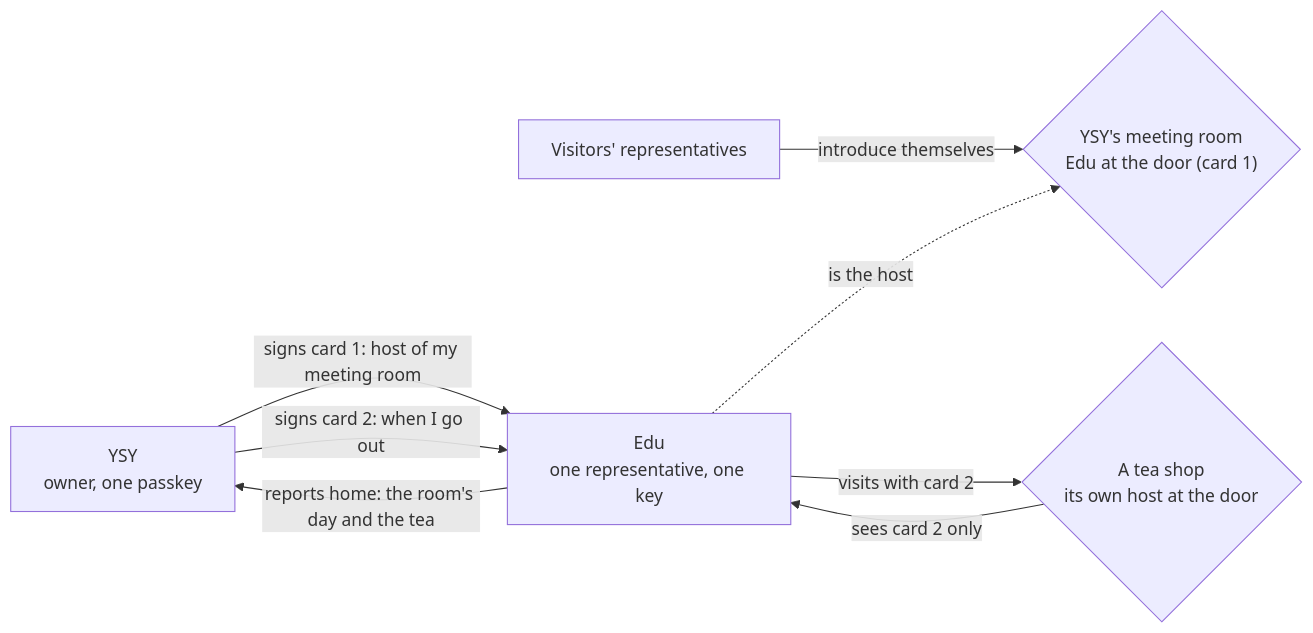
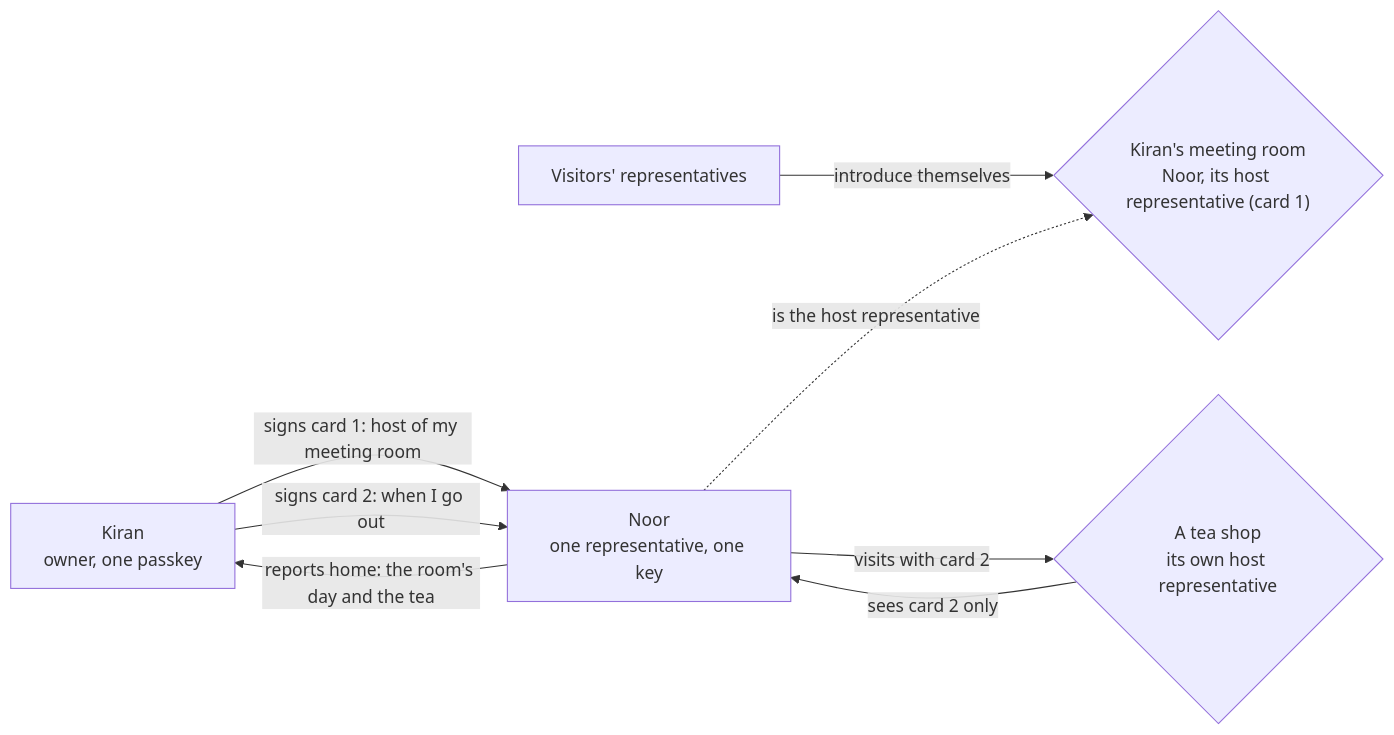
Before and after one commit to Kigenka/shokai: the diagram in scenarios/dual-role.md, drawn with Mermaid. The commit also changed other lines of this file and 618 other files, not shown here.

````diff
--- a/scenarios/dual-role.md
+++ b/scenarios/dual-role.md
@@ -17,10 +17,10 @@
 ```mermaid
 flowchart LR
-  Y["YSY<br/>owner, one passkey"] -- "signs card 1: host of my meeting room" --> E["Edu<br/>one representative, one key"]
+  Y["Kiran<br/>owner, one passkey"] -- "signs card 1: host of my meeting room" --> E["Noor<br/>one representative, one key"]
   Y -- "signs card 2: when I go out" --> E
-  V["Visitors' representatives"] -- "introduce themselves" --> D{"YSY's meeting room<br/>Edu at the door (card 1)"}
-  E -. "is the host" .-> D
-  E -- "visits with card 2" --> T{"A tea shop<br/>its own host at the door"}
+  V["Visitors' representatives"] -- "introduce themselves" --> D{"Kiran's meeting room<br/>Noor, its host representative (card 1)"}
+  E -. "is the host representative" .-> D
+  E -- "visits with card 2" --> T{"A tea shop<br/>its own host representative"}
   T -- "sees card 2 only" --> E
   E -- "reports home: the room's day and the tea" --> Y
 ```
````
